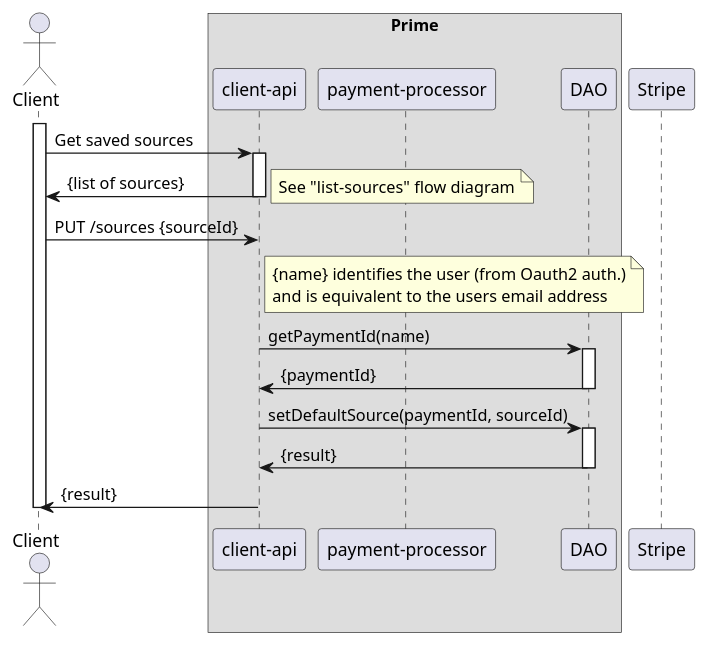
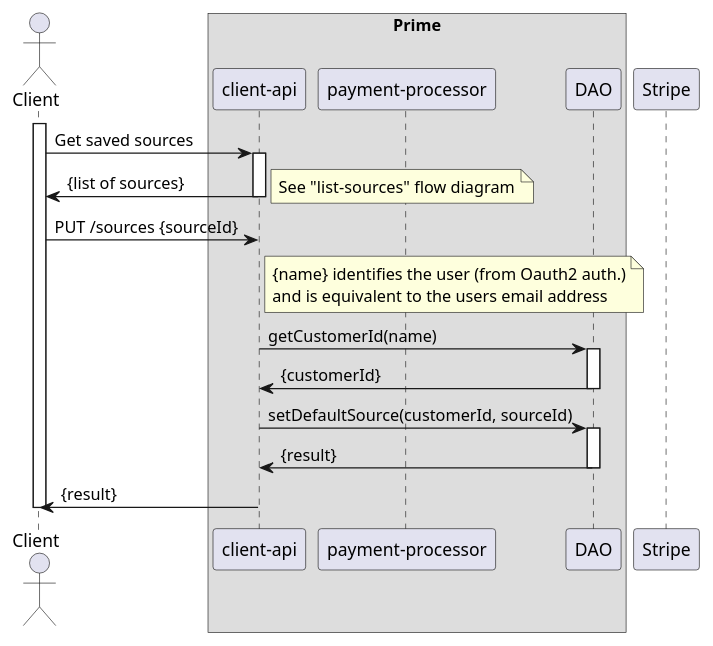
Before and after one commit to ostelco/ostelco-core: the diagram in payment-processor/doc/puml/set-default-source.puml, drawn with PlantUML. The commit also changed 15 other files, not shown here.

Commit message:
Renames 'paymentId' to 'customerId' to match Stripes terminiology

```diff
--- a/payment-processor/doc/puml/set-default-source.puml
+++ b/payment-processor/doc/puml/set-default-source.puml
@@ -1,42 +1,42 @@
 @startuml
 
 actor Client
 participant Client
 
 box "Prime"
     participant "client-api"
     participant "payment-processor"
     participant "DAO"
 end box
 participant Stripe
 
 activate Client
 
     Client -> "client-api" : Get saved sources
     activate "client-api"
     "client-api" -> Client : {list of sources}
     deactivate "client-api"
     note right : See "list-sources" flow diagram
 
     Client -> "client-api" : PUT /sources {sourceId}
     note right of "client-api"
        {name} identifies the user (from Oauth2 auth.)
        and is equivalent to the users email address
     end note
 
-    "client-api" -> DAO : getPaymentId(name)
+    "client-api" -> DAO : getCustomerId(name)
     activate DAO
-    DAO -> "client-api" : {paymentId}
+    DAO -> "client-api" : {customerId}
     deactivate DAO
 
-    "client-api" -> DAO : setDefaultSource(paymentId, sourceId)
+    "client-api" -> DAO : setDefaultSource(customerId, sourceId)
     activate DAO
     DAO -> "client-api" : {result}
     deactivate DAO
 
     "client-api" -> Client : {result}
     deactivate "client-api"
 
 deactivate Client
 
 @enduml
```
